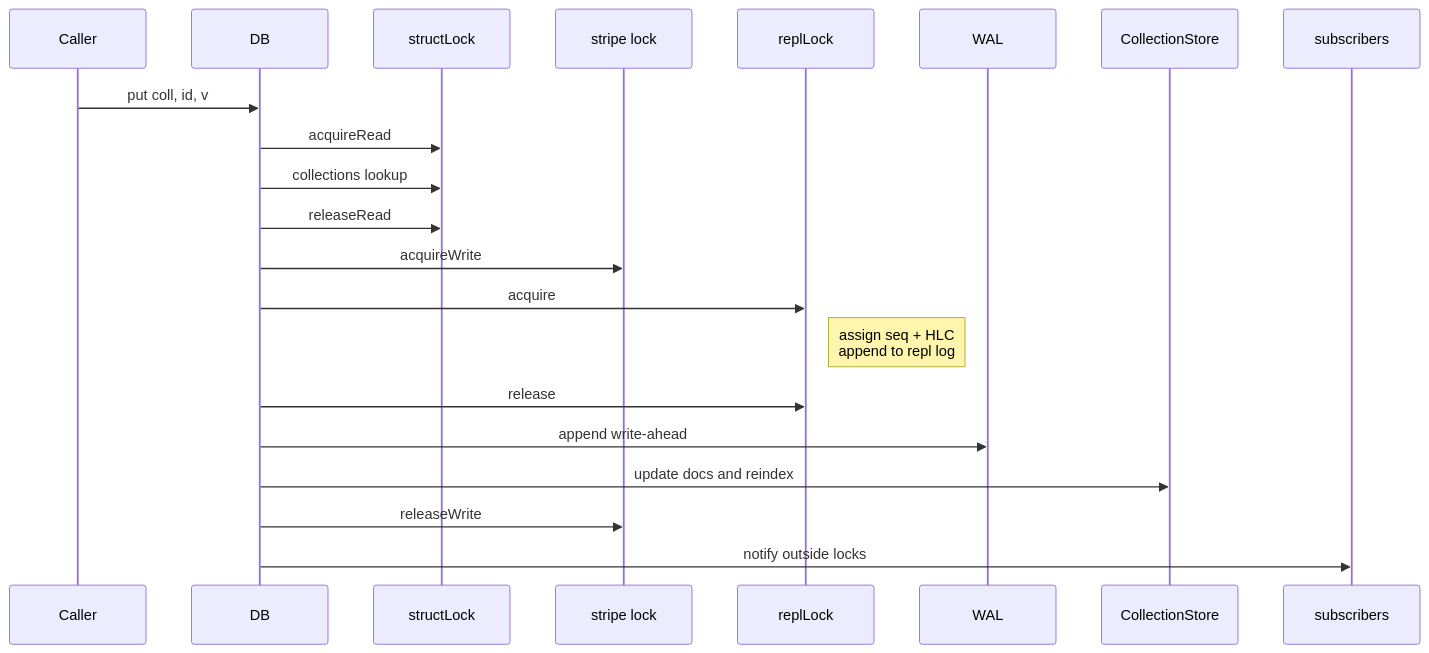
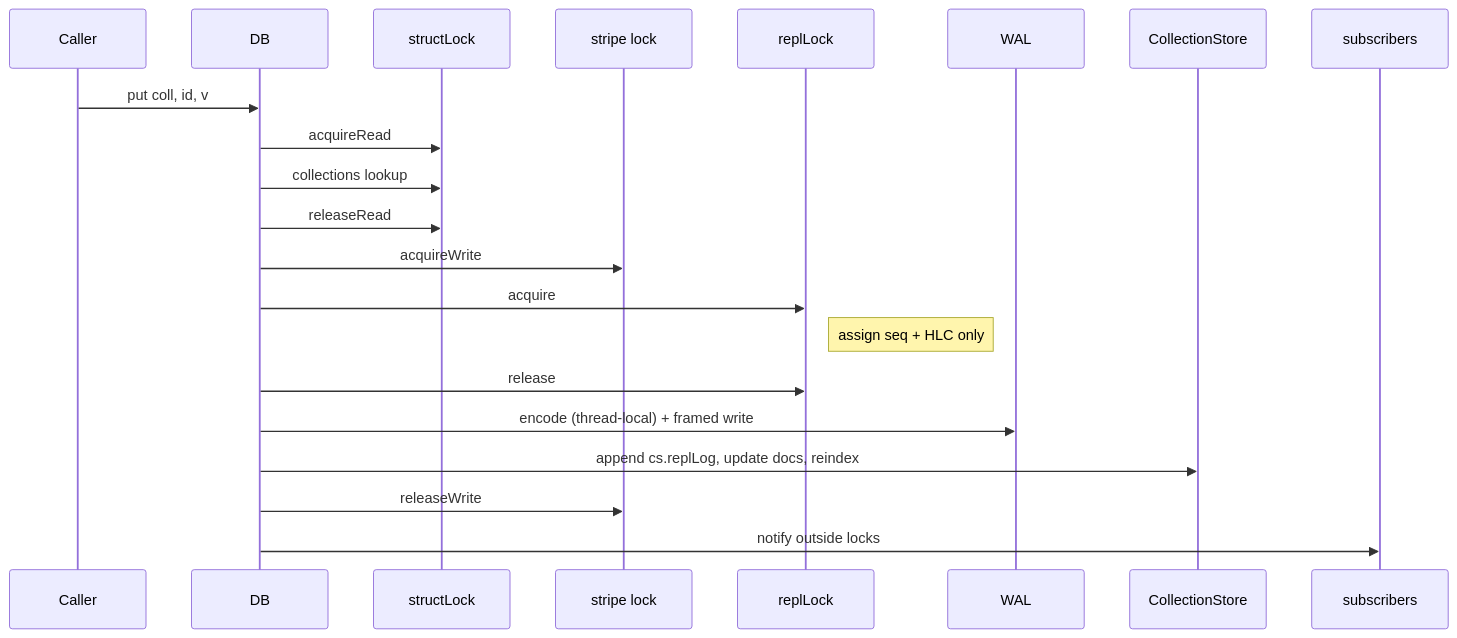
The second of 5 diagrams in docs/concurrency.md (oshaulz/glen), drawn with Mermaid before and after one commit. The commit also changed other lines of this file and 9 other files, not shown here.

````diff
--- a/docs/concurrency.md
+++ b/docs/concurrency.md
@@ -40,24 +40,24 @@
 ```mermaid
 sequenceDiagram
   participant Caller
   participant DB
   participant Struct as structLock
   participant Stripe as stripe lock
   participant Repl as replLock
   participant WAL
   participant CS as CollectionStore
   participant Subs as subscribers
 
   Caller->>DB: put coll, id, v
   DB->>Struct: acquireRead
   DB->>Struct: collections lookup
   DB->>Struct: releaseRead
   DB->>Stripe: acquireWrite
   DB->>Repl: acquire
-  Note right of Repl: assign seq + HLC<br/>append to repl log
+  Note right of Repl: assign seq + HLC only
   DB->>Repl: release
-  DB->>WAL: append write-ahead
-  DB->>CS: update docs and reindex
+  DB->>WAL: encode (thread-local) + framed write
+  DB->>CS: append cs.replLog, update docs, reindex
   DB->>Stripe: releaseWrite
   DB->>Subs: notify outside locks
 ```
````
